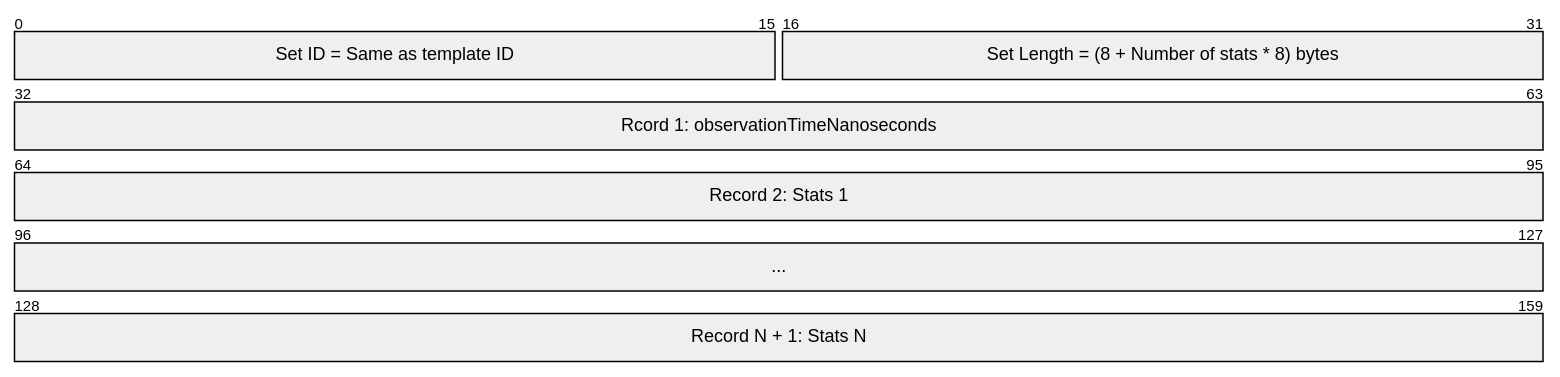
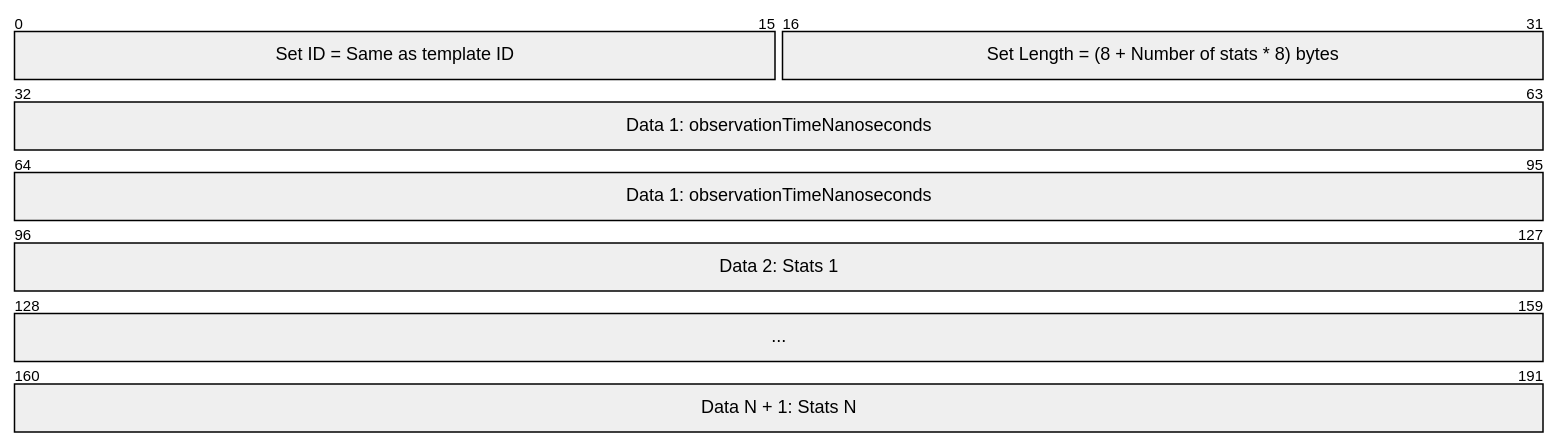
The sixth of 9 diagrams in doc/stream-telemetry/stream-telemetry-hld.md (sonic-net/SONiC), drawn with Mermaid before and after one commit. The commit also changed other lines of this file and 1 other file, not shown here.

````diff
--- a/doc/stream-telemetry/stream-telemetry-hld.md
+++ b/doc/stream-telemetry/stream-telemetry-hld.md
@@ -278,14 +282,13 @@
 ``` mermaid
 
 ---
 title: A snapshot of IPFIX data
 ---
 packet-beta
 0-15: "Set ID = Same as template ID"
 16-31: "Set Length = (8 + Number of stats * 8) bytes"
-32-63: "Rcord 1: observationTimeNanoseconds"
-64-95: "Record 2: Stats 1"
-96-127: "..."
-128-159: "Record N + 1: Stats N"
-
+32-95: "Data 1: observationTimeNanoseconds"
+96-127: "Data 2: Stats 1"
+128-159: "..."
+160-191: "Data N + 1: Stats N"
 ```
````
